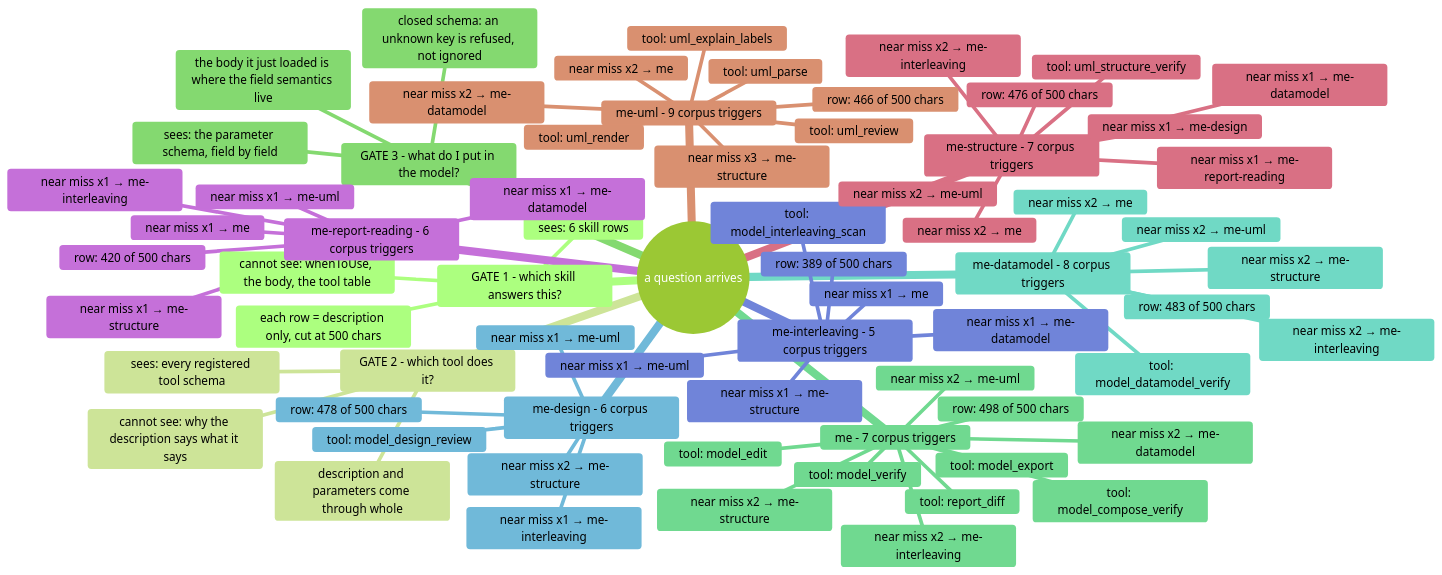
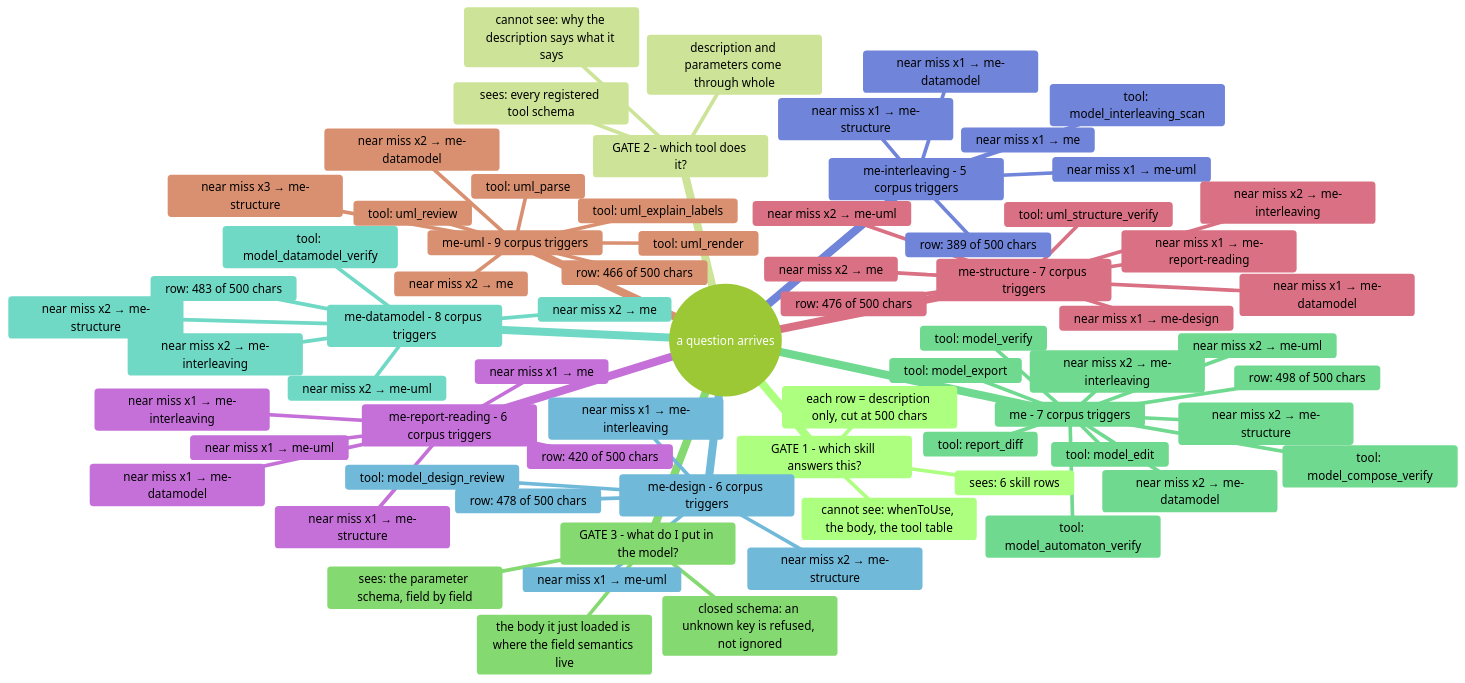
Before and after one commit to AmethystLuna/dsh-model-everything: the diagram in docs/routing-map.md, drawn with Mermaid (forest theme). The commit also changed other lines of this file and 24 other files, not shown here.

````diff
--- a/docs/routing-map.md
+++ b/docs/routing-map.md
@@ -9,72 +9,73 @@
 ```mermaid
 mindmap
   root((a question arrives))
     GATE 1 - which skill answers this?
       sees: 6 skill rows
       each row = description only, cut at 500 chars
       cannot see: whenToUse, the body, the tool table
     GATE 2 - which tool does it?
       sees: every registered tool schema
       description and parameters come through whole
       cannot see: why the description says what it says
     GATE 3 - what do I put in the model?
       sees: the parameter schema, field by field
       closed schema: an unknown key is refused, not ignored
       the body it just loaded is where the field semantics live
     me - 7 corpus triggers
       row: 498 of 500 chars
       tool: model_verify
       tool: model_edit
+      tool: model_automaton_verify
       tool: model_compose_verify
       tool: model_export
       tool: report_diff
       near miss x2 → me-interleaving
       near miss x2 → me-datamodel
       near miss x2 → me-structure
       near miss x2 → me-uml
     me-datamodel - 8 corpus triggers
       row: 483 of 500 chars
       tool: model_datamodel_verify
       near miss x2 → me-uml
       near miss x2 → me-interleaving
       near miss x2 → me
       near miss x2 → me-structure
     me-design - 6 corpus triggers
       row: 478 of 500 chars
       tool: model_design_review
       near miss x2 → me-structure
       near miss x1 → me-uml
       near miss x1 → me-interleaving
     me-interleaving - 5 corpus triggers
       row: 389 of 500 chars
       tool: model_interleaving_scan
       near miss x1 → me
       near miss x1 → me-datamodel
       near miss x1 → me-uml
       near miss x1 → me-structure
     me-report-reading - 6 corpus triggers
       row: 420 of 500 chars
       near miss x1 → me
       near miss x1 → me-interleaving
       near miss x1 → me-datamodel
       near miss x1 → me-structure
       near miss x1 → me-uml
     me-structure - 7 corpus triggers
       row: 476 of 500 chars
       tool: uml_structure_verify
       near miss x2 → me-uml
       near miss x2 → me-interleaving
       near miss x2 → me
       near miss x1 → me-datamodel
       near miss x1 → me-design
       near miss x1 → me-report-reading
     me-uml - 9 corpus triggers
       row: 466 of 500 chars
       tool: uml_render
       tool: uml_parse
       tool: uml_review
       tool: uml_explain_labels
       near miss x3 → me-structure
       near miss x2 → me
       near miss x2 → me-datamodel
 ```
````
